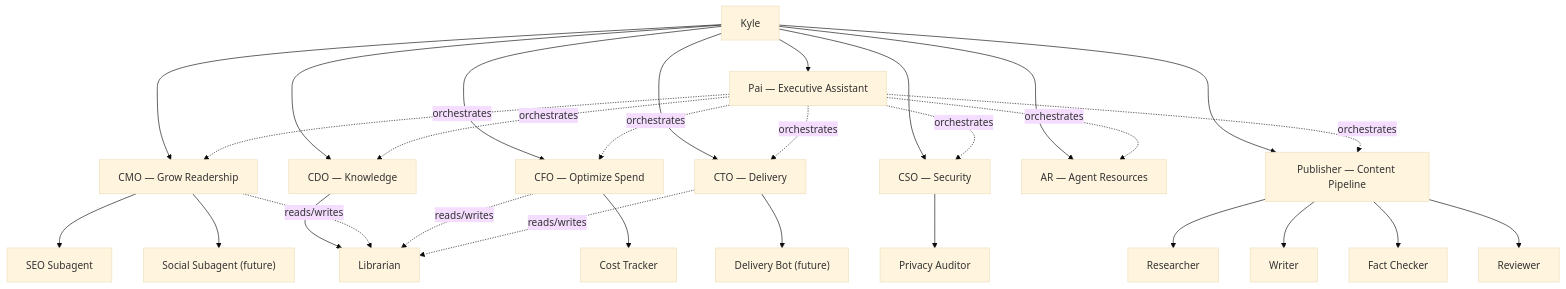
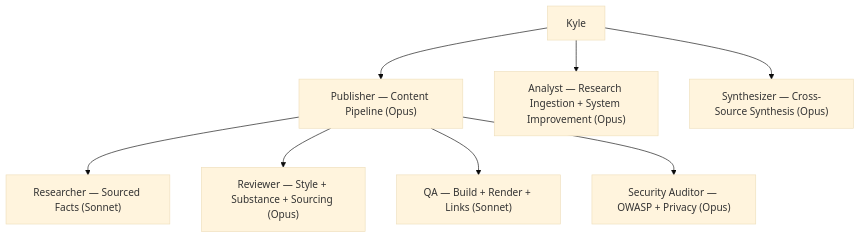
Before and after one commit to kylep/multi: the diagram in apps/blog/blog/markdown/wiki/projects/agent-team/index.md, drawn with Mermaid (base theme). The commit also changed other lines of this file and 42 other files, not shown here.

First line of the commit message:
Add using-agents-better blog post, research wiki page, and agent improvements

````diff
--- a/apps/blog/blog/markdown/wiki/projects/agent-team/index.md
+++ b/apps/blog/blog/markdown/wiki/projects/agent-team/index.md
@@ -46,57 +32,19 @@
 ```mermaid
 graph TD
     Kyle["Kyle"]
-    Pai["Pai — Executive Assistant"]
-    CMO["CMO — Grow Readership"]
-    CFO["CFO — Optimize Spend"]
-    CTO["CTO — Delivery"]
-    CDO["CDO — Knowledge"]
-    CSO["CSO — Security"]
-    AR["AR — Agent Resources"]
-    Publisher["Publisher — Content Pipeline"]
+    Publisher["Publisher — Content Pipeline (Opus)"]
+    Analyst["Analyst — Research Ingestion + System Improvement (Opus)"]
+    Synthesizer["Synthesizer — Cross-Source Synthesis (Opus)"]
+    Researcher["Researcher — Sourced Facts (Sonnet)"]
+    Reviewer["Reviewer — Style + Substance + Sourcing (Opus)"]
+    QA["QA — Build + Render + Links (Sonnet)"]
+    Security["Security Auditor — OWASP + Privacy (Opus)"]
 
-    SEO["SEO Subagent"]
-    Social["Social Subagent (future)"]
-    CostTracker["Cost Tracker"]
-    DeliveryBot["Delivery Bot (future)"]
-    Librarian["Librarian"]
-    PrivacyAuditor["Privacy Auditor"]
-
-    Researcher["Researcher"]
-    Writer["Writer"]
-    FactChecker["Fact Checker"]
-    Reviewer["Reviewer"]
-
-    Kyle --> Pai
-    Kyle --> CMO
-    Kyle --> CFO
-    Kyle --> CTO
-    Kyle --> CDO
-    Kyle --> CSO
-    Kyle --> AR
     Kyle --> Publisher
-
-    Pai -.->|orchestrates| CMO
-    Pai -.->|orchestrates| CFO
-    Pai -.->|orchestrates| CTO
-    Pai -.->|orchestrates| CDO
-    Pai -.->|orchestrates| CSO
-    Pai -.->|orchestrates| AR
-    Pai -.->|orchestrates| Publisher
-
-    CMO --> SEO
-    CMO --> Social
-    CFO --> CostTracker
-    CTO --> DeliveryBot
-    CDO --> Librarian
-    CSO --> PrivacyAuditor
-
-    CMO -.->|reads/writes| Librarian
-    CFO -.->|reads/writes| Librarian
-    CTO -.->|reads/writes| Librarian
-
+    Kyle --> Analyst
+    Kyle --> Synthesizer
     Publisher --> Researcher
-    Publisher --> Writer
-    Publisher --> FactChecker
     Publisher --> Reviewer
+    Publisher --> QA
+    Publisher --> Security
 ```
````
